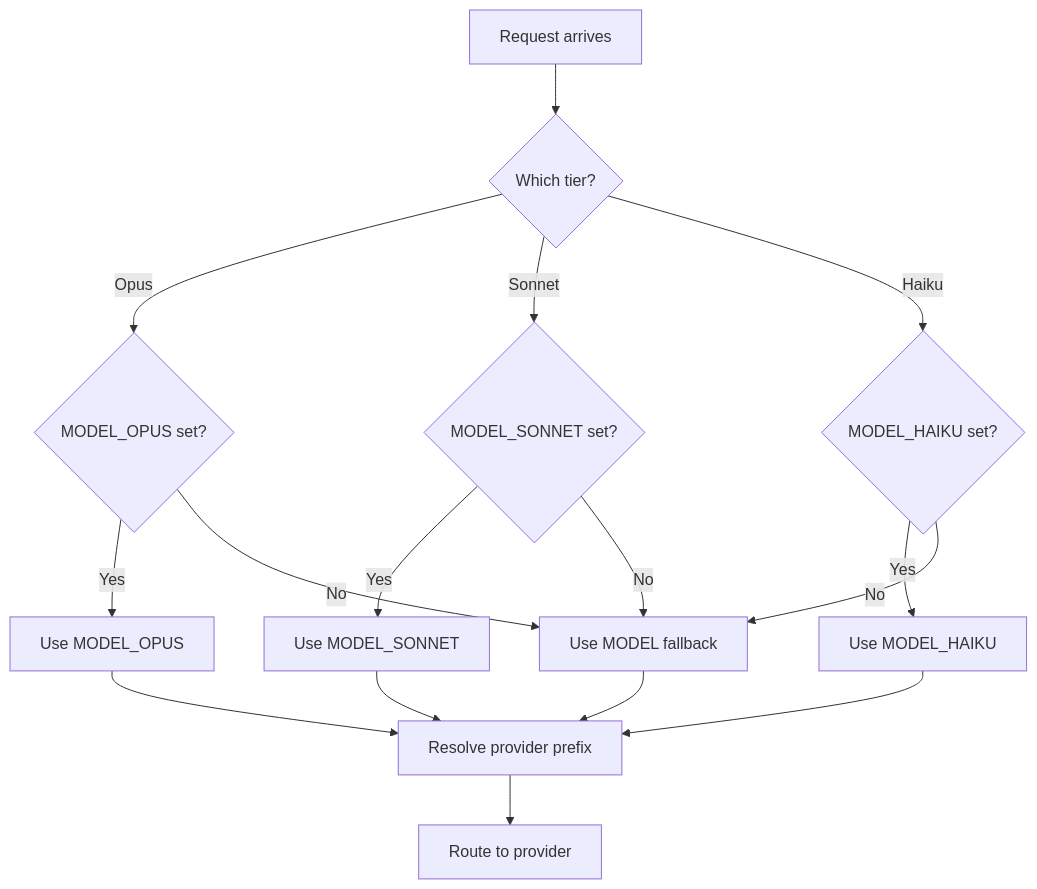
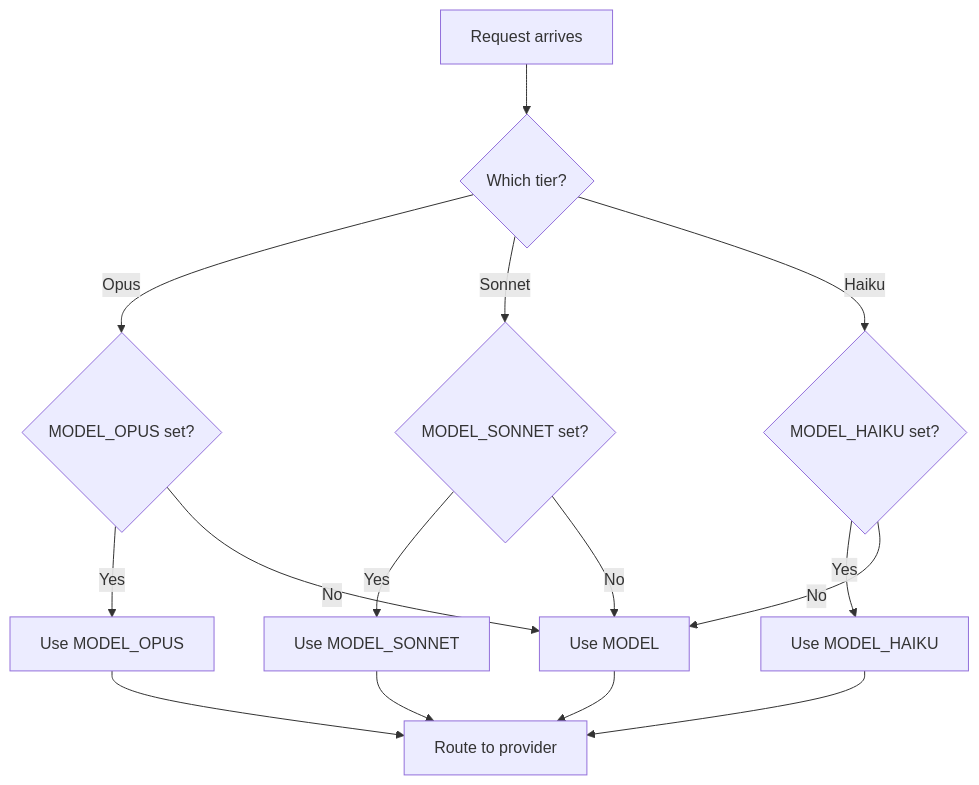
Before and after one commit to Echelix/free-claude-code: the second of 2 diagrams in README_NVIDIA.md, drawn with Mermaid. The commit also changed other lines of this file and 16 other files, not shown here.

````diff
--- a/README_NVIDIA.md
+++ b/README_NVIDIA.md
@@ -99,23 +111,17 @@
 ```mermaid
 flowchart TD
     A[Request arrives] --> B{Which tier?}
     B -->|Opus| C{MODEL_OPUS set?}
     B -->|Sonnet| D{MODEL_SONNET set?}
     B -->|Haiku| E{MODEL_HAIKU set?}
-
     C -->|Yes| F[Use MODEL_OPUS]
-    C -->|No| G[Use MODEL fallback]
-
+    C -->|No| G[Use MODEL]
     D -->|Yes| H[Use MODEL_SONNET]
     D -->|No| G
-
     E -->|Yes| I[Use MODEL_HAIKU]
     E -->|No| G
-
-    F --> J[Resolve provider prefix]
+    F --> J[Route to provider]
     H --> J
     I --> J
     G --> J
-
-    J --> K[Route to provider]
 ```
````
